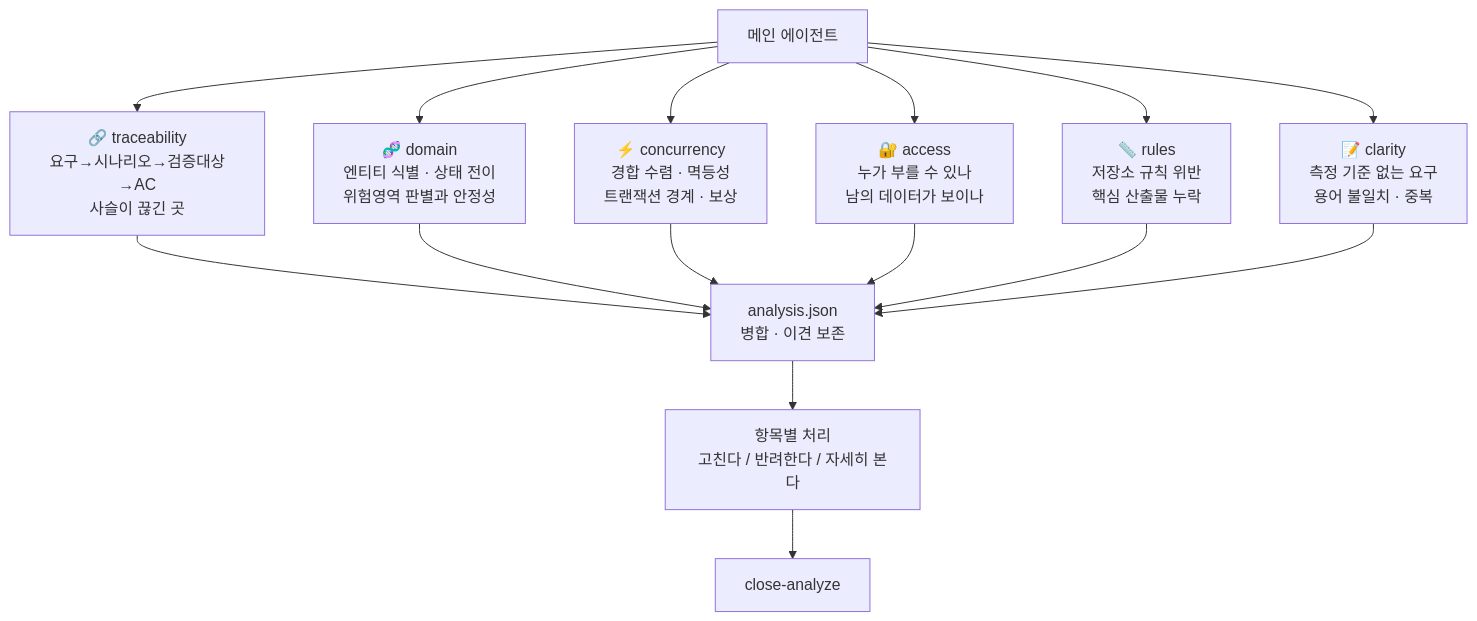
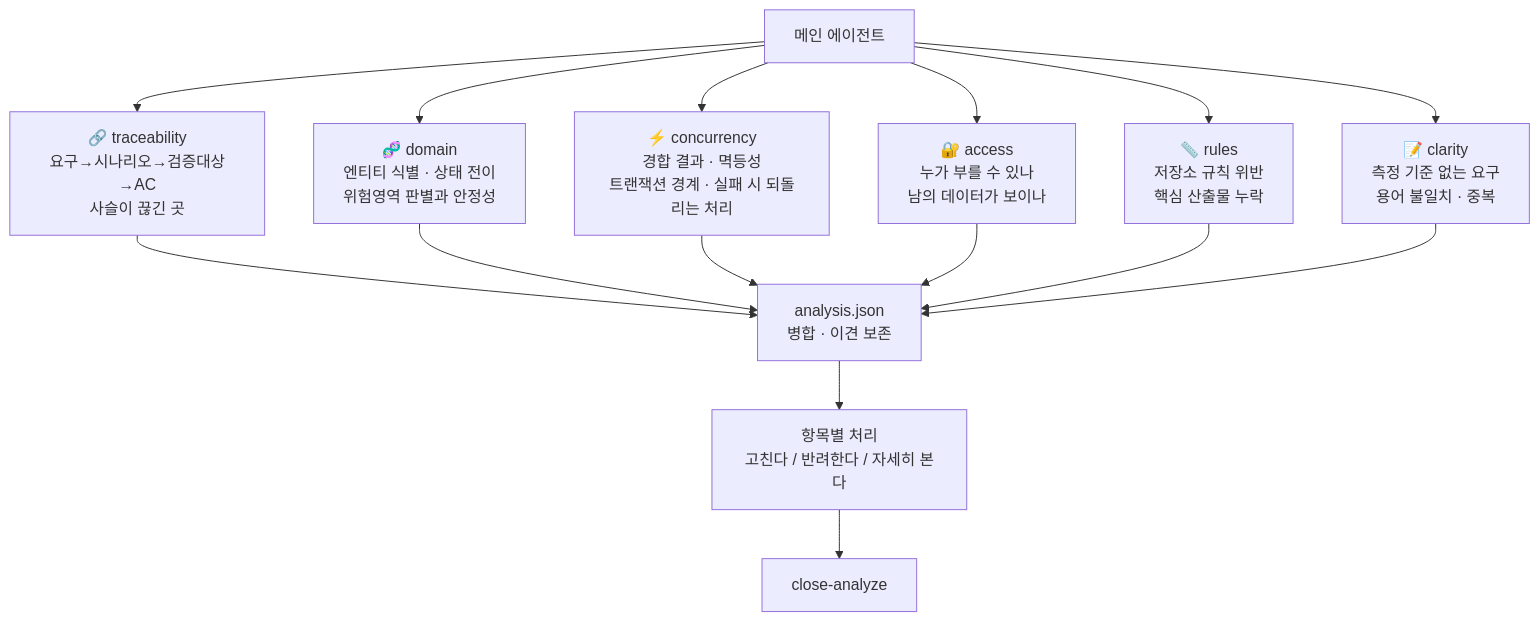
The second of 4 diagrams in README.md (KimYeonWook511/spec-harness-plugin), drawn with Mermaid before and after one commit. The commit also changed other lines of this file and 39 other files, not shown here.

````diff
--- a/README.md
+++ b/README.md
@@ -144,19 +142,19 @@
 ```mermaid
 flowchart TD
     M["메인 에이전트"] --> T["🔗 traceability<br>요구→시나리오→검증대상→AC<br>사슬이 끊긴 곳"]
     M --> D["🧬 domain<br>엔티티 식별 · 상태 전이<br>위험영역 판별과 안정성"]
-    M --> C["⚡ concurrency<br>경합 수렴 · 멱등성<br>트랜잭션 경계 · 보상"]
+    M --> C["⚡ concurrency<br>경합 결과 · 멱등성<br>트랜잭션 경계 · 실패 시 되돌리는 처리"]
     M --> AC["🔐 access<br>누가 부를 수 있나<br>남의 데이터가 보이나"]
     M --> R["📏 rules<br>저장소 규칙 위반<br>핵심 산출물 누락"]
     M --> CL["📝 clarity<br>측정 기준 없는 요구<br>용어 불일치 · 중복"]
 
     T --> J["analysis.json<br>병합 · 이견 보존"]
     D --> J
     C --> J
     AC --> J
     R --> J
     CL --> J
 
     J --> TR["항목별 처리<br>고친다 / 반려한다 / 자세히 본다"]
     TR --> CLS["close-analyze"]
 ```
````
